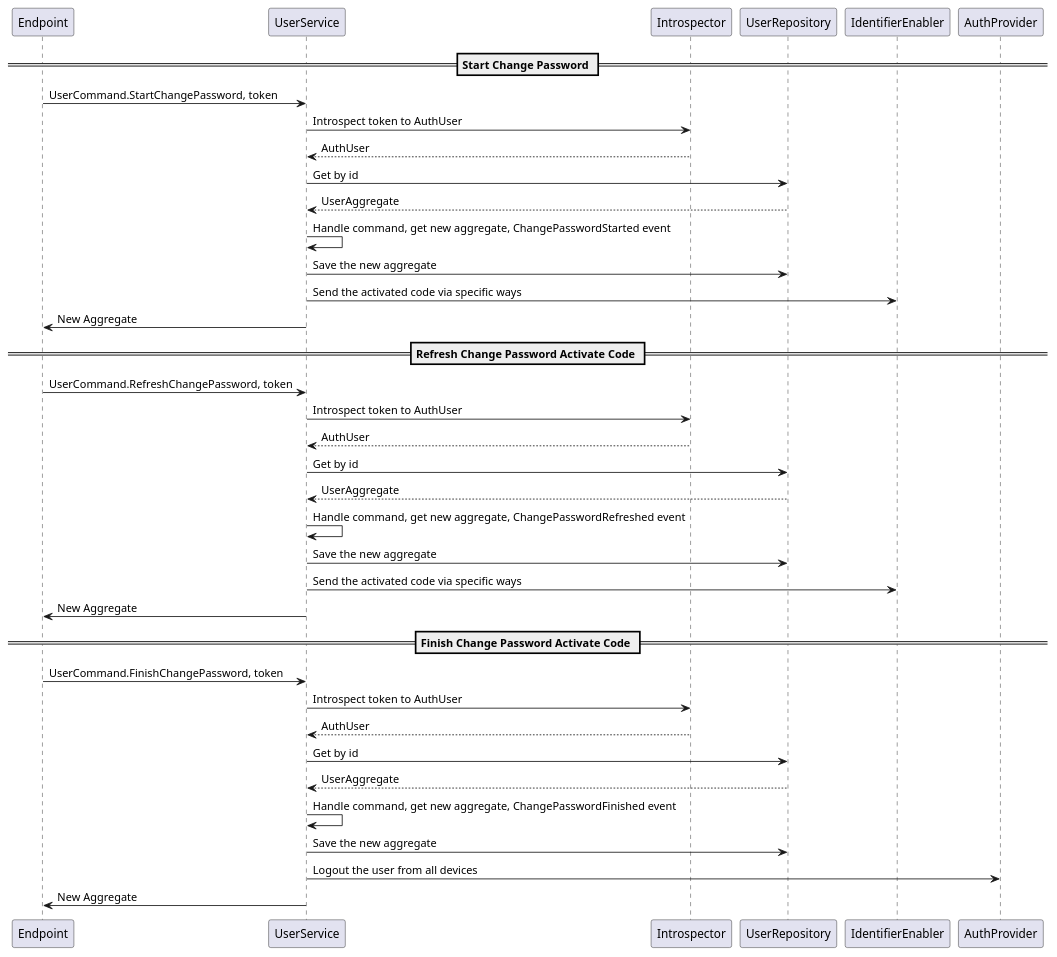
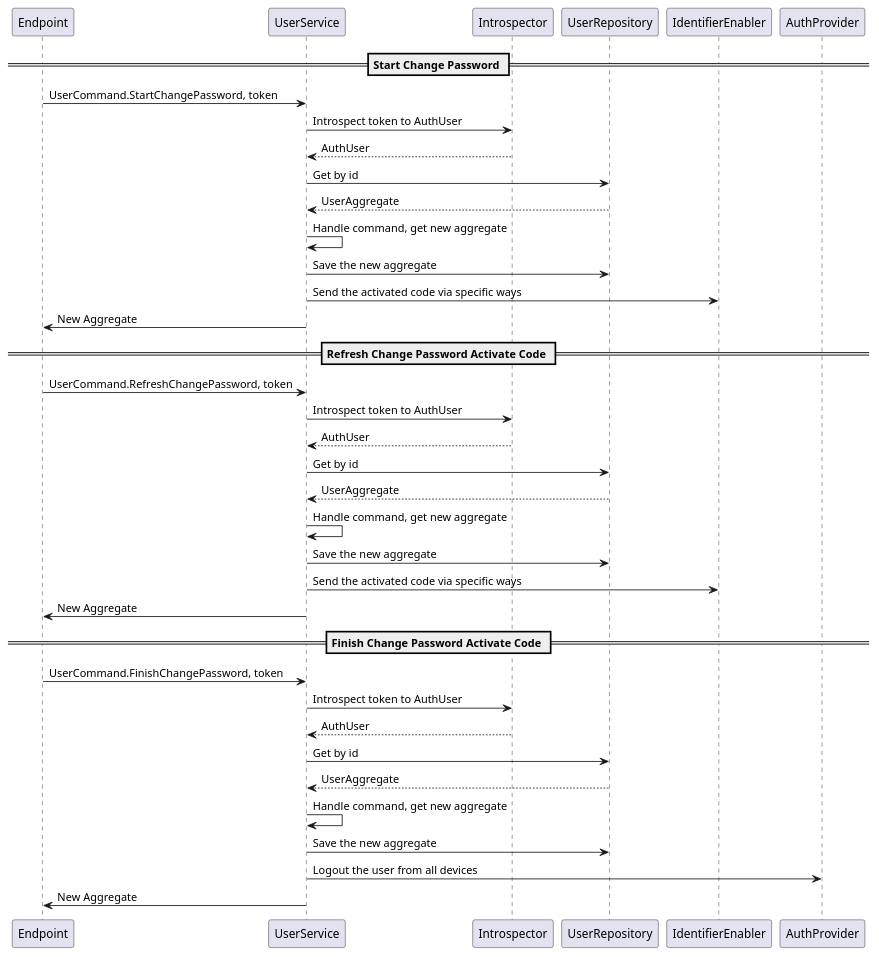
Before and after one commit to alices-wonderland/doorknob: the tenth of 18 diagrams in docs/docs/features.md, drawn with PlantUML. The commit also changed other lines of this file and 57 other files, not shown here.

````diff
--- a/docs/docs/features.md
+++ b/docs/docs/features.md
@@ -278,37 +278,37 @@
 ```plantuml
 @startuml
 
 == Start Change Password ==
 Endpoint -> UserService: UserCommand.StartChangePassword, token
 UserService -> Introspector: Introspect token to AuthUser
 Introspector --> UserService: AuthUser
 UserService -> UserRepository: Get by id
 UserRepository --> UserService: UserAggregate
-UserService -> UserService: Handle command, get new aggregate, ChangePasswordStarted event
+UserService -> UserService: Handle command, get new aggregate
 UserService -> UserRepository: Save the new aggregate
 UserService -> IdentifierEnabler: Send the activated code via specific ways
 UserService -> Endpoint: New Aggregate
 
 == Refresh Change Password Activate Code ==
 Endpoint -> UserService: UserCommand.RefreshChangePassword, token
 UserService -> Introspector: Introspect token to AuthUser
 Introspector --> UserService: AuthUser
 UserService -> UserRepository: Get by id
 UserRepository --> UserService: UserAggregate
-UserService -> UserService: Handle command, get new aggregate, ChangePasswordRefreshed event
+UserService -> UserService: Handle command, get new aggregate
 UserService -> UserRepository: Save the new aggregate
 UserService -> IdentifierEnabler: Send the activated code via specific ways
 UserService -> Endpoint: New Aggregate
 
 == Finish Change Password Activate Code ==
 Endpoint -> UserService: UserCommand.FinishChangePassword, token
 UserService -> Introspector: Introspect token to AuthUser
 Introspector --> UserService: AuthUser
 UserService -> UserRepository: Get by id
 UserRepository --> UserService: UserAggregate
-UserService -> UserService: Handle command, get new aggregate, ChangePasswordFinished event
+UserService -> UserService: Handle command, get new aggregate
 UserService -> UserRepository: Save the new aggregate
 UserService -> AuthProvider: Logout the user from all devices
 UserService -> Endpoint: New Aggregate
 @enduml
 ```
````
